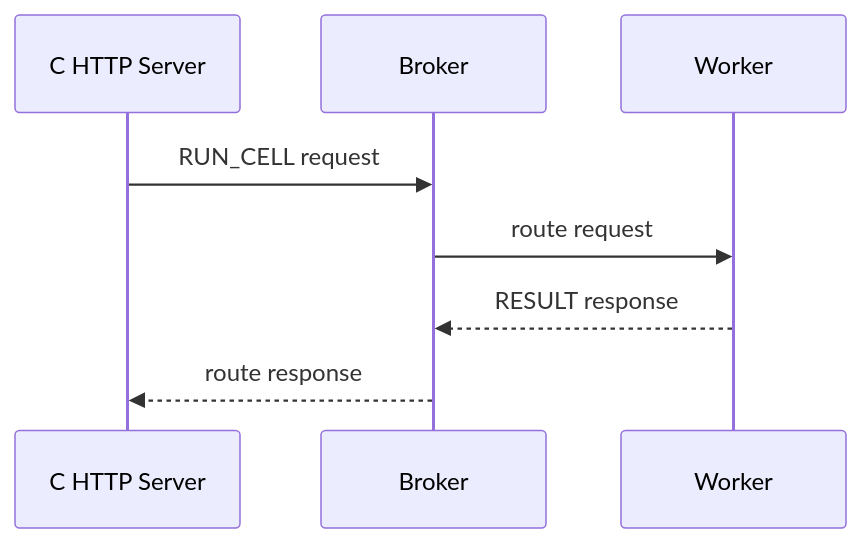
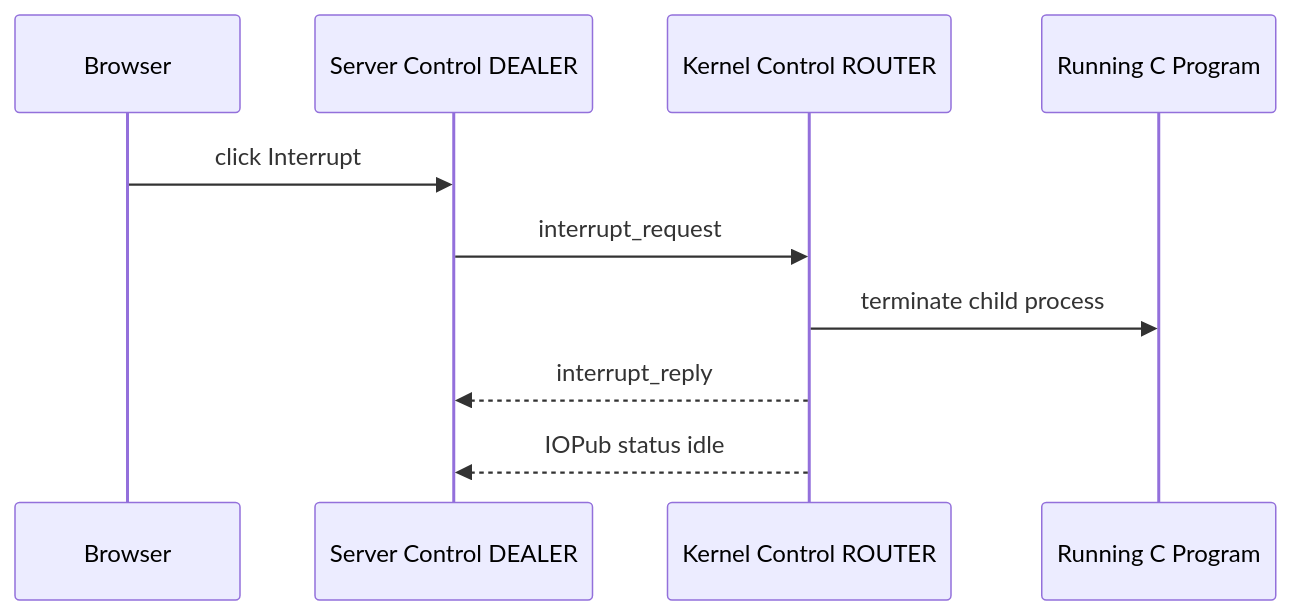
One commit to Andrew53O/zemomq-c-notebook changed the seventh of 15 diagrams in presentation/PRESENTATION_SLIDES.md. Above: the diagram before and after it, drawn with Mermaid. The commit also changed other lines of this file and 1 other file, not shown here.

````diff
--- a/presentation/PRESENTATION_SLIDES.md
+++ b/presentation/PRESENTATION_SLIDES.md
@@ -292,11 +319,13 @@
 ```mermaid
 sequenceDiagram
-    participant S as C HTTP Server
-    participant B as Broker
-    participant W as Worker
+    participant B as Browser
+    participant S as Server Control DEALER
+    participant K as Kernel Control ROUTER
+    participant R as Running C Program
 
-    S->>B: RUN_CELL request
-    B->>W: route request
-    W-->>B: RESULT response
-    B-->>S: route response
+    B->>S: click Interrupt
+    S->>K: interrupt_request
+    K->>R: terminate child process
+    K-->>S: interrupt_reply
+    K-->>S: IOPub status idle
 ```
````
